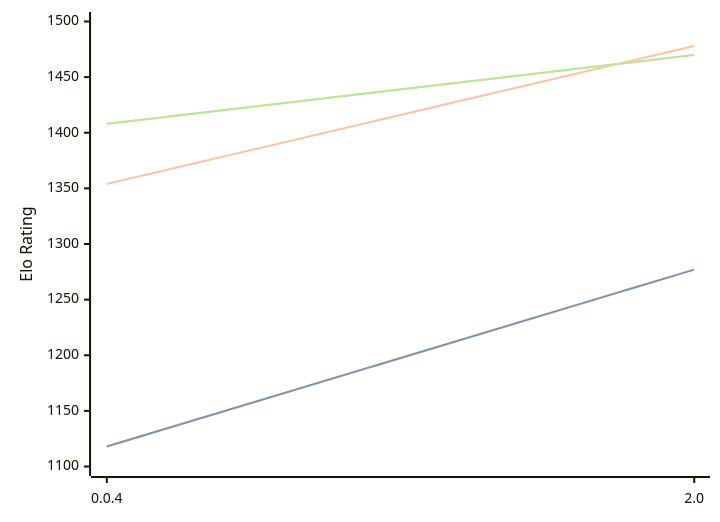
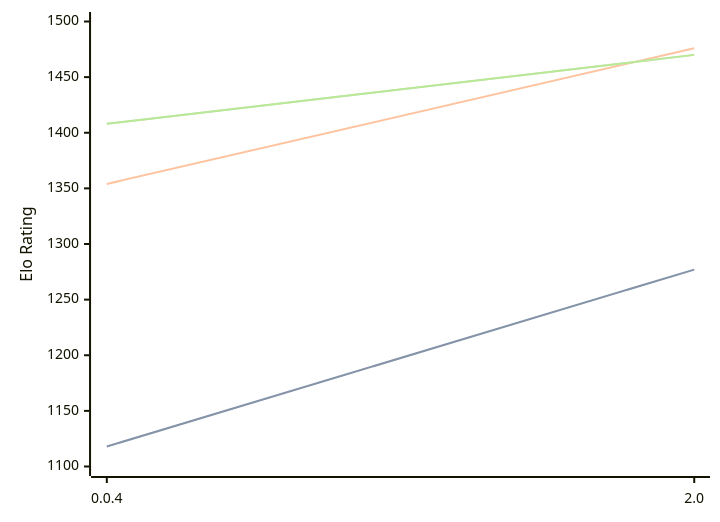
One commit to computer-chess-index/cci changed the diagram in engines/Oops!Mate.md. Above: the diagram before and after it, drawn with Mermaid. The commit also changed other lines of this file, not shown here.

````diff
--- a/engines/Oops!Mate.md
+++ b/engines/Oops!Mate.md
@@ -51,11 +51,11 @@
 ```mermaid
 %%{init: {"theme":"base","themeVariables":{"seriesColors:['#a3a3a3','#222221','#faa371']}}}%%
 xychart-beta
   x-axis ["0.0.4", "2.0"]
   y-axis "Elo Rating" 1100 --> 1500
   line "STC (8.0+0.08s)" [1118, 1277]
   line "STC (8.0+0.08s)" [1118, 1277]
-  line "LTC (60.0+0.60s)" [1354, 1478]
+  line "LTC (60.0+0.60s)" [1354, 1476]
   line "VLTC (2m24s+1.12s)" [1408, 1470]
   line "VLTC (2m24s+1.12s)" [1408, 1470]
 ```
````
